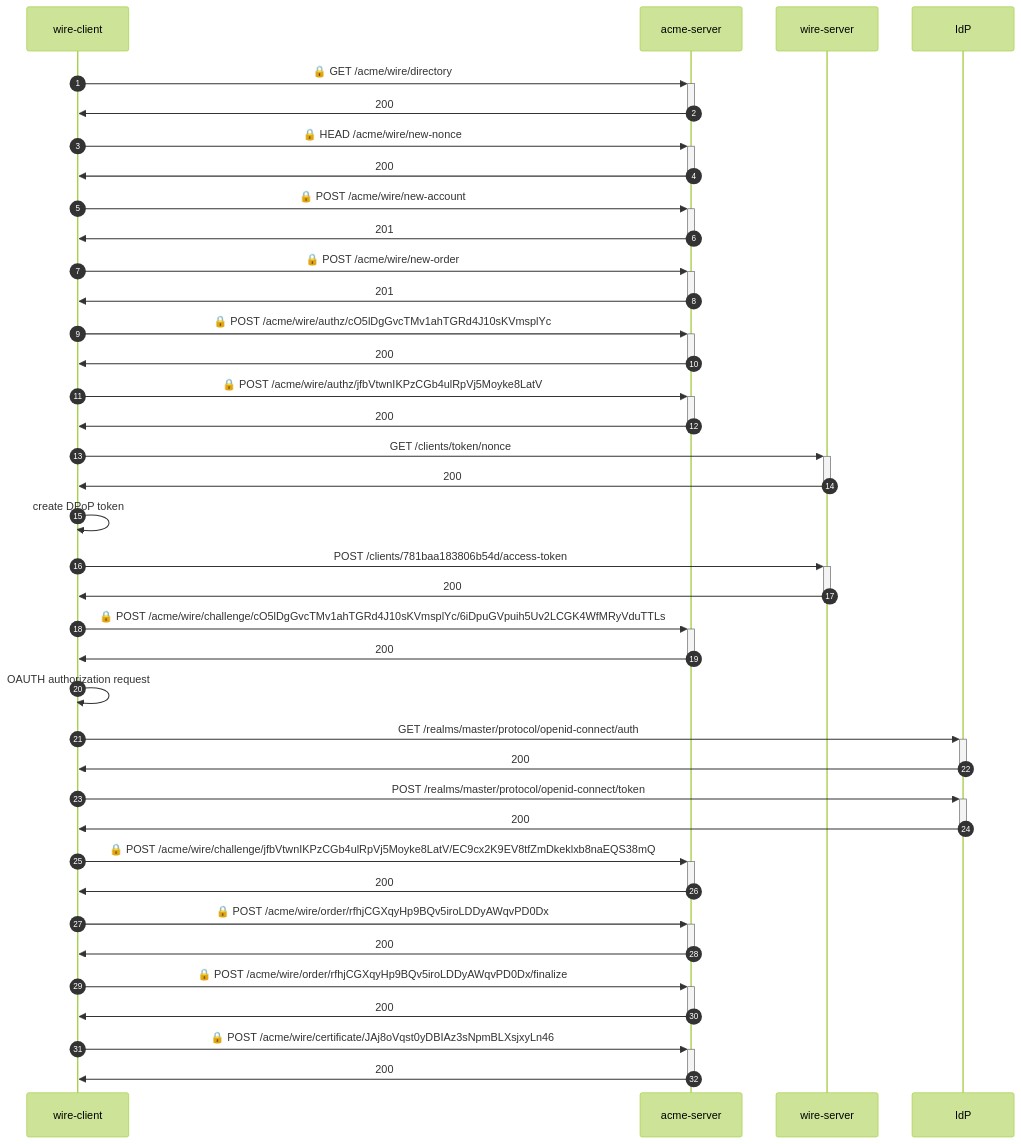
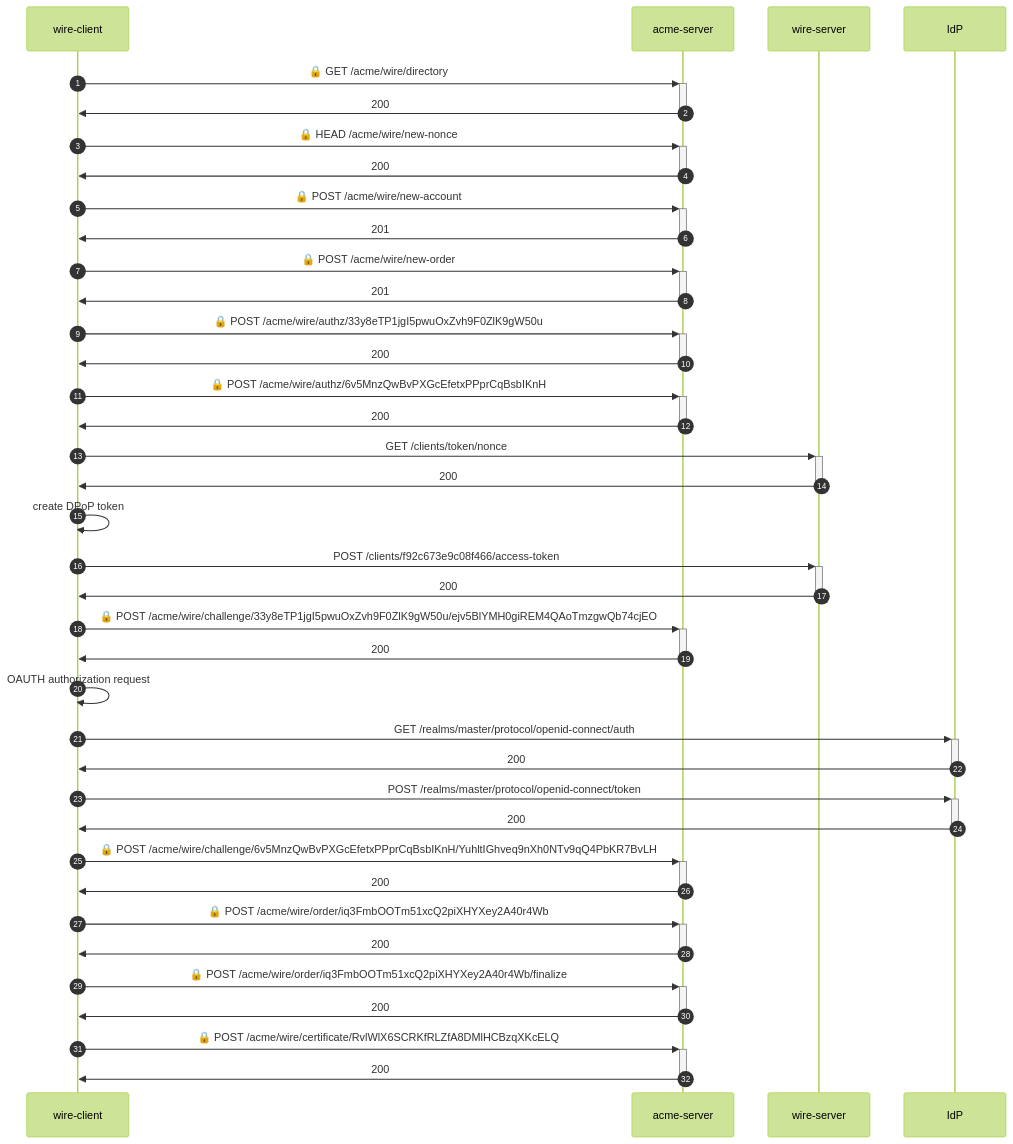
One commit to wireapp/rusty-jwt-tools changed the diagram in e2e-identity/README.md. Above: the diagram before and after it, drawn with Mermaid (forest theme). The commit also changed other lines of this file, not shown here.

````diff
--- a/e2e-identity/README.md
+++ b/e2e-identity/README.md
@@ -3,36 +3,36 @@
 ```mermaid
 sequenceDiagram
     autonumber
     wire-client->>+acme-server: 🔒 GET /acme/wire/directory
     acme-server->>-wire-client: 200
     wire-client->>+acme-server: 🔒 HEAD /acme/wire/new-nonce
     acme-server->>-wire-client: 200
     wire-client->>+acme-server: 🔒 POST /acme/wire/new-account
     acme-server->>-wire-client: 201
     wire-client->>+acme-server: 🔒 POST /acme/wire/new-order
     acme-server->>-wire-client: 201
-    wire-client->>+acme-server: 🔒 POST /acme/wire/authz/cO5lDgGvcTMv1ahTGRd4J10sKVmsplYc
+    wire-client->>+acme-server: 🔒 POST /acme/wire/authz/33y8eTP1jgI5pwuOxZvh9F0ZlK9gW50u
     acme-server->>-wire-client: 200
-    wire-client->>+acme-server: 🔒 POST /acme/wire/authz/jfbVtwnIKPzCGb4ulRpVj5Moyke8LatV
+    wire-client->>+acme-server: 🔒 POST /acme/wire/authz/6v5MnzQwBvPXGcEfetxPPprCqBsbIKnH
     acme-server->>-wire-client: 200
     wire-client->>+wire-server:  GET /clients/token/nonce
     wire-server->>-wire-client: 200
     wire-client->>wire-client: create DPoP token
-    wire-client->>+wire-server:  POST /clients/781baa183806b54d/access-token
+    wire-client->>+wire-server:  POST /clients/f92c673e9c08f466/access-token
     wire-server->>-wire-client: 200
-    wire-client->>+acme-server: 🔒 POST /acme/wire/challenge/cO5lDgGvcTMv1ahTGRd4J10sKVmsplYc/6iDpuGVpuih5Uv2LCGK4WfMRyVduTTLs
+    wire-client->>+acme-server: 🔒 POST /acme/wire/challenge/33y8eTP1jgI5pwuOxZvh9F0ZlK9gW50u/ejv5BlYMH0giREM4QAoTmzgwQb74cjEO
     acme-server->>-wire-client: 200
     wire-client->>wire-client: OAUTH authorization request
     wire-client->>+IdP:  GET /realms/master/protocol/openid-connect/auth
     IdP->>-wire-client: 200
     wire-client->>+IdP:  POST /realms/master/protocol/openid-connect/token
     IdP->>-wire-client: 200
-    wire-client->>+acme-server: 🔒 POST /acme/wire/challenge/jfbVtwnIKPzCGb4ulRpVj5Moyke8LatV/EC9cx2K9EV8tfZmDkeklxb8naEQS38mQ
+    wire-client->>+acme-server: 🔒 POST /acme/wire/challenge/6v5MnzQwBvPXGcEfetxPPprCqBsbIKnH/YuhltIGhveq9nXh0NTv9qQ4PbKR7BvLH
     acme-server->>-wire-client: 200
-    wire-client->>+acme-server: 🔒 POST /acme/wire/order/rfhjCGXqyHp9BQv5iroLDDyAWqvPD0Dx
+    wire-client->>+acme-server: 🔒 POST /acme/wire/order/iq3FmbOOTm51xcQ2piXHYXey2A40r4Wb
     acme-server->>-wire-client: 200
-    wire-client->>+acme-server: 🔒 POST /acme/wire/order/rfhjCGXqyHp9BQv5iroLDDyAWqvPD0Dx/finalize
+    wire-client->>+acme-server: 🔒 POST /acme/wire/order/iq3FmbOOTm51xcQ2piXHYXey2A40r4Wb/finalize
     acme-server->>-wire-client: 200
-    wire-client->>+acme-server: 🔒 POST /acme/wire/certificate/JAj8oVqst0yDBIAz3sNpmBLXsjxyLn46
+    wire-client->>+acme-server: 🔒 POST /acme/wire/certificate/RvlWlX6SCRKfRLZfA8DMlHCBzqXKcELQ
     acme-server->>-wire-client: 200
 ```
````
